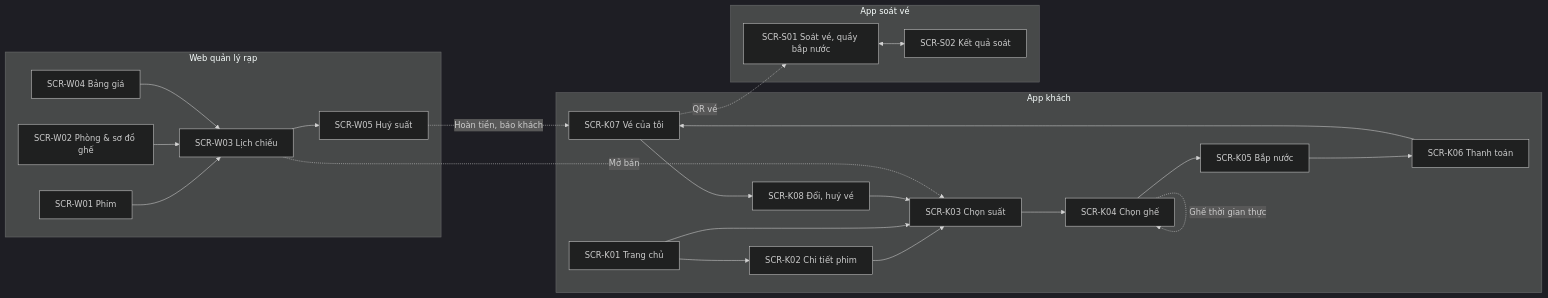
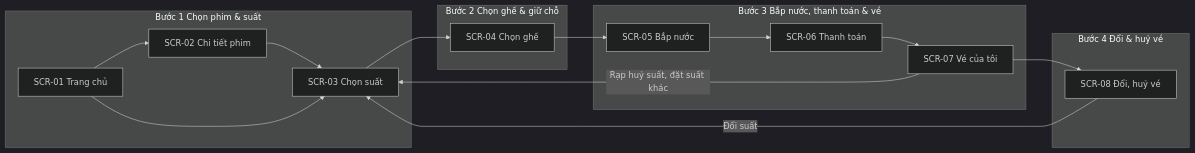
Before and after one commit to uxfoundation-vn/de08-dat-ve-xem-phim: the second of 2 diagrams in README.md, drawn with Mermaid (dark theme). The commit also changed other lines of this file and 2 other files, not shown here.

First line of the commit message:
Đề 8: chỉ giữ luồng của khách

````diff
--- a/README.md
+++ b/README.md
@@ -53,36 +52,24 @@
 ```mermaid
 flowchart LR
-  subgraph WEB["Web quản lý rạp"]
-    W01["SCR-W01 Phim"]
-    W02["SCR-W02 Phòng & sơ đồ ghế"]
-    W03["SCR-W03 Lịch chiếu"]
-    W04["SCR-W04 Bảng giá"]
-    W05["SCR-W05 Huỷ suất"]
+  subgraph L1["Bước 1 Chọn phim & suất"]
+    K01["SCR-01 Trang chủ"]
+    K02["SCR-02 Chi tiết phim"]
+    K03["SCR-03 Chọn suất"]
   end
-  subgraph KH["App khách"]
-    K01["SCR-K01 Trang chủ"]
-    K02["SCR-K02 Chi tiết phim"]
-    K03["SCR-K03 Chọn suất"]
-    K04["SCR-K04 Chọn ghế"]
-    K05["SCR-K05 Bắp nước"]
-    K06["SCR-K06 Thanh toán"]
-    K07["SCR-K07 Vé của tôi"]
-    K08["SCR-K08 Đổi, huỷ vé"]
+  subgraph L2["Bước 2 Chọn ghế & giữ chỗ"]
+    K04["SCR-04 Chọn ghế"]
   end
-  subgraph SV["App soát vé"]
-    S01["SCR-S01 Soát vé, quầy bắp nước"]
-    S02["SCR-S02 Kết quả soát"]
+  subgraph L3["Bước 3 Bắp nước, thanh toán & vé"]
+    K05["SCR-05 Bắp nước"]
+    K06["SCR-06 Thanh toán"]
+    K07["SCR-07 Vé của tôi"]
   end
-  W01 --> W03
-  W02 --> W03
-  W04 --> W03
-  W03 --> W05
+  subgraph L4["Bước 4 Đổi & huỷ vé"]
+    K08["SCR-08 Đổi, huỷ vé"]
+  end
   K01 --> K02 --> K03 --> K04 --> K05 --> K06 --> K07
   K01 --> K03
-  K07 --> K08 --> K03
-  S01 <--> S02
-  W03 -.->|Mở bán| K03
-  K04 -.->|Ghế thời gian thực| K04
-  K07 -.->|QR vé| S01
-  W05 -.->|Hoàn tiền, báo khách| K07
+  K07 --> K08
+  K08 -->|Đổi suất| K03
+  K07 -->|Rạp huỷ suất, đặt suất khác| K03
 ```
````
